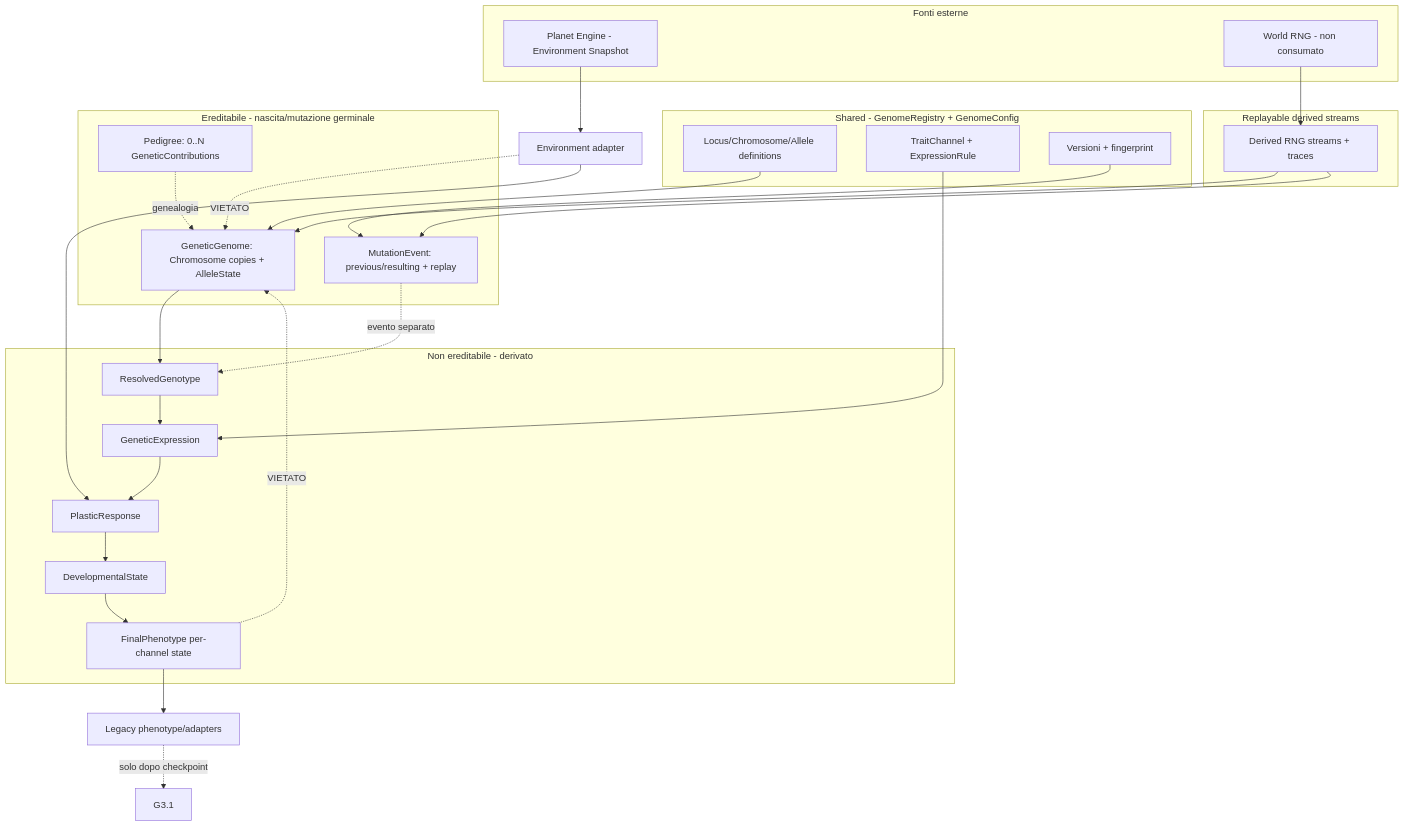
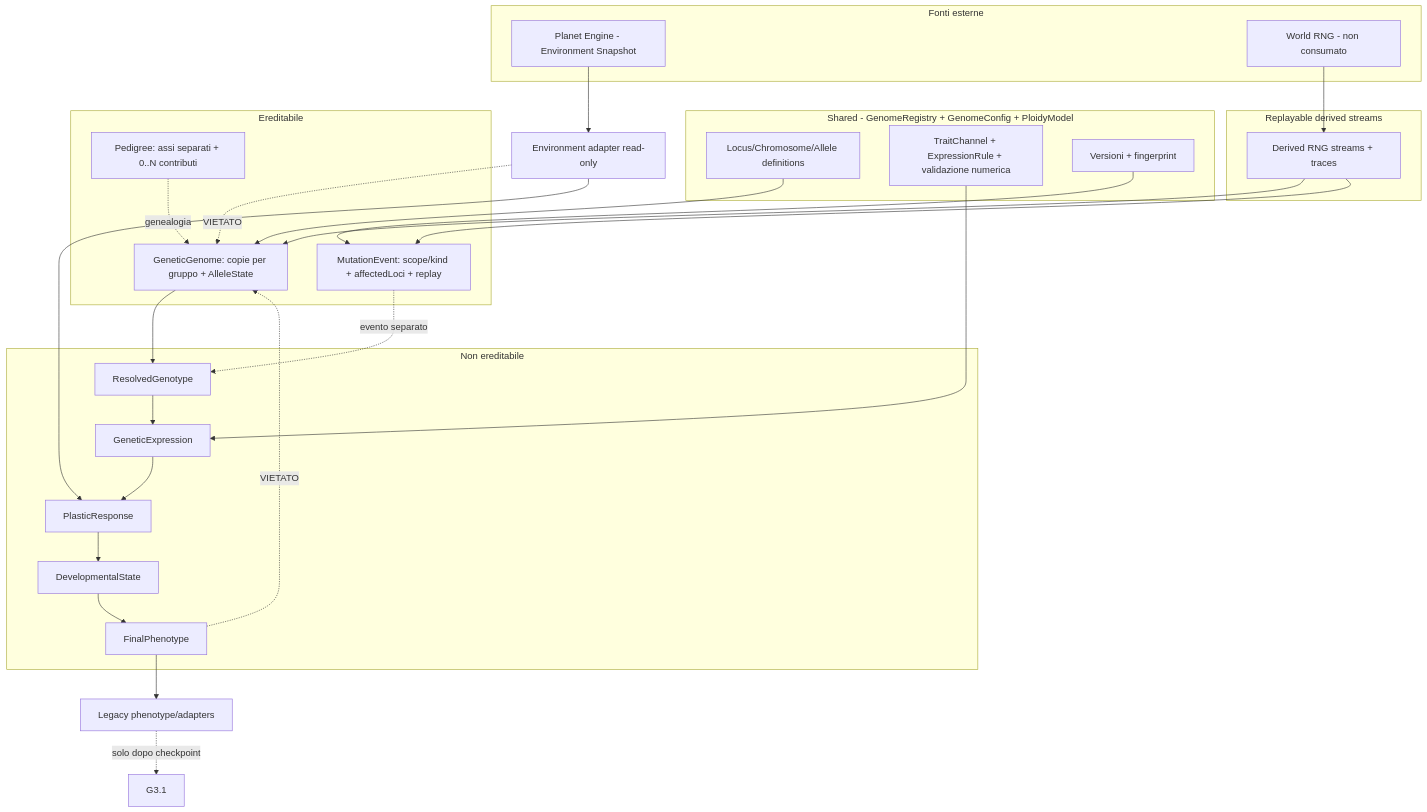
Before and after one commit to misteryone2/Evoworld: the diagram in docs/genome/GENOME_ARCHITECTURE.md, drawn with Mermaid. The commit also changed other lines of this file and 6 other files, not shown here.

````diff
--- a/docs/genome/GENOME_ARCHITECTURE.md
+++ b/docs/genome/GENOME_ARCHITECTURE.md
@@ -160,48 +184,48 @@
 ```mermaid
 flowchart TD
-    subgraph REG[Shared - GenomeRegistry + GenomeConfig]
+    subgraph REG[Shared - GenomeRegistry + GenomeConfig + PloidyModel]
         R1[Locus/Chromosome/Allele definitions]
-        R2[TraitChannel + ExpressionRule]
+        R2[TraitChannel + ExpressionRule + validazione numerica]
         R3[Versioni + fingerprint]
     end
 
     subgraph SRC[Fonti esterne]
         PE[Planet Engine - Environment Snapshot]
         W[World RNG - non consumato]
     end
 
     subgraph RNG[Replayable derived streams]
         D[Derived RNG streams + traces]
     end
 
-    subgraph HER[Ereditabile - nascita/mutazione germinale]
-        G[GeneticGenome: Chromosome copies + AlleleState]
-        M[MutationEvent: previous/resulting + replay]
-        P[Pedigree: 0..N GeneticContributions]
+    subgraph HER[Ereditabile]
+        G[GeneticGenome: copie per gruppo + AlleleState]
+        M[MutationEvent: scope/kind + affectedLoci + replay]
+        P[Pedigree: assi separati + 0..N contributi]
     end
 
-    subgraph PH[Non ereditabile - derivato]
+    subgraph PH[Non ereditabile]
         RG[ResolvedGenotype]
         GE[GeneticExpression]
         PR[PlasticResponse]
         DV[DevelopmentalState]
-        FP[FinalPhenotype per-channel state]
+        FP[FinalPhenotype]
     end
 
-    PE --> AD[Environment adapter]
+    PE --> AD[Environment adapter read-only]
     AD --> PR
     W --> D
     D --> G
     D --> M
     R1 --> G
     R2 --> GE
     R3 --> M
     G --> RG --> GE --> PR --> DV --> FP
     M -. evento separato .-> RG
     P -. genealogia .-> G
     FP --> LEG[Legacy phenotype/adapters]
     LEG -. solo dopo checkpoint .-> G31[G3.1]
 
     AD -. VIETATO .-> G
     FP -. VIETATO .-> G
 ```
````
